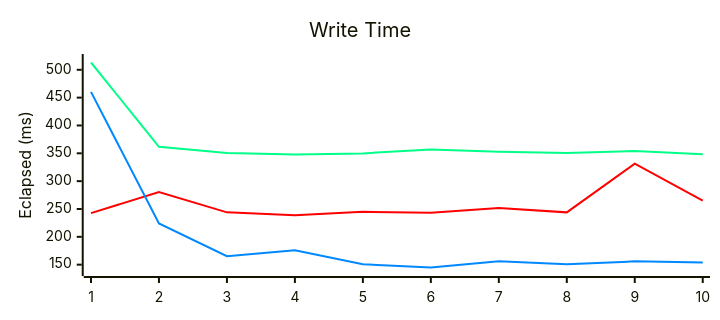
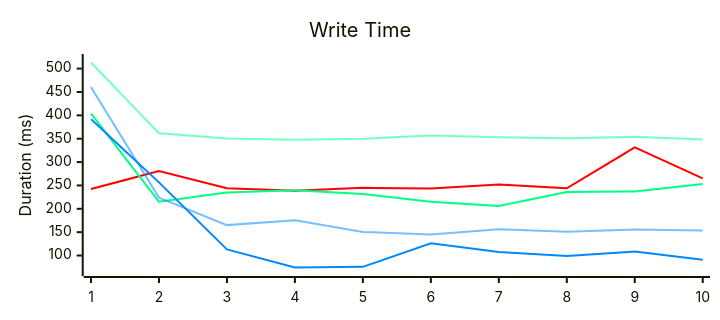
Before and after one commit to RDCN-Community-Developers/RhythmToolkit: the third of 3 diagrams in README.md, drawn with Mermaid. The commit also changed other lines of this file and 1 other file, not shown here.

````diff
--- a/README.md
+++ b/README.md
@@ -133,19 +137,23 @@
 ```mermaid
 ---
 config:
     xyChart:
         height: 300
     themeVariables:
         xyChart:
-            plotColorPalette: '#FF0000, #00FF88, #0088FF'
+            plotColorPalette: '#F00, #0F88, #0F8, #08F8, #08F'
 ---
 xychart
   title "Write Time"
-    y-axis "Eclapsed (ms)"
+    y-axis "Duration (ms)"
     %% RDLE
     line [242.5163, 280.5837, 243.9327, 238.8927, 244.9178, 243.3303, 251.8815, 243.9217, 331.3641, 265.0274]
-    %% RDTK .NET Standard 2.0
+    %% RDTK .NET Standard 2.0 v1.3.4
     line [513.1026, 361.6694, 350.3818, 347.8336, 349.8539, 356.7689, 353.0014, 350.7653, 354.2552, 348.2180]
-    %% RDTK .NET 8.0
+    %% RDTK .NET Standard 2.0 v1.3.9
+    line [403.8953,215.1384,235.0083,239.653,231.9253,215.1407,205.9433,235.8352,237.2161,252.8412]
+    %% RDTK .NET 8.0 v1.3.4
     line [460.3911, 224.0186, 165.0900, 175.7229, 150.6010, 144.8973, 155.9880, 150.8031, 155.9035, 153.7161]
+    %% RDTK .NET 8.0 v1.3.9
+    line [391.9549,256.5255,113.1473,74.3901,75.7604,126.1112,107.5059,99.014,108.391,90.731]
 ```
````
